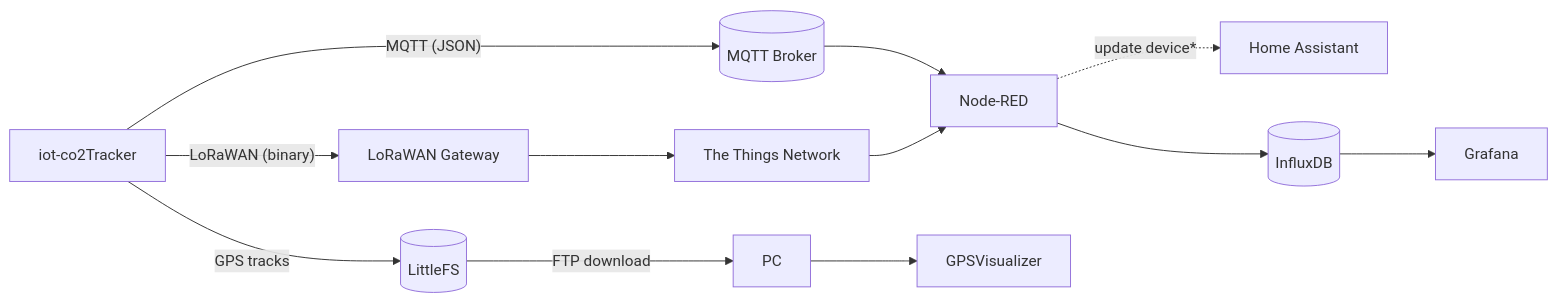
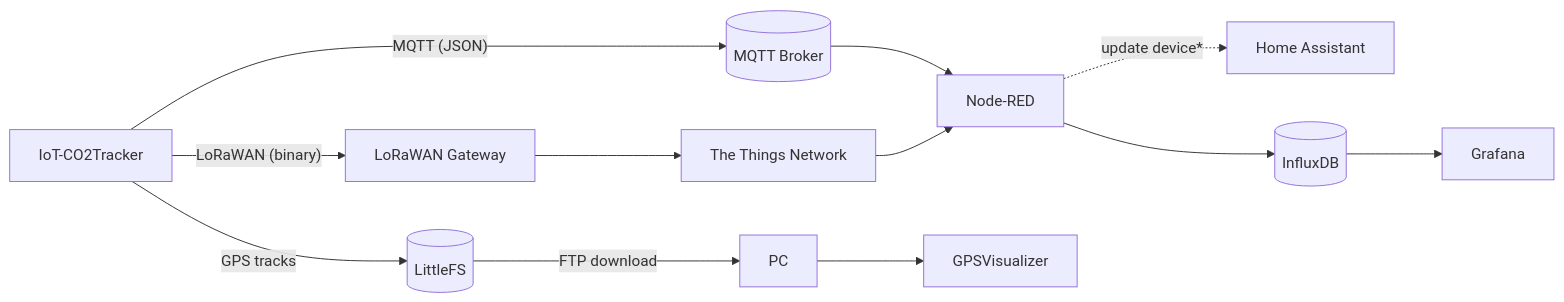
Before and after one commit to paclema/iot-co2Tracker: the diagram in README.md, drawn with Mermaid.

Commit message:
Fix small typo in README.md

````diff
--- a/README.md
+++ b/README.md
@@ -13,22 +13,22 @@
 ```mermaid
 flowchart LR
-	Device[iot-co2Tracker]
+  	Device[IoT-CO2Tracker]
 	Broker[(MQTT Broker)]
 	GW[LoRaWAN Gateway]
 	TTN[The Things Network]
 	NR[Node-RED]
 	HA[Home Assistant]
 	DB[(InfluxDB)]
 	G[Grafana]
 	Flash[(LittleFS)]
 	PC[PC]
 	Viz[GPSVisualizer]
 
 	Device -- MQTT (JSON) --> Broker
 	Broker --> NR
 	Device -- LoRaWAN (binary) --> GW --> TTN --> NR
 	NR --> DB --> G
 		NR -.->|update device*| HA
 
 	Device -- GPS tracks --> Flash -- FTP download --> PC --> Viz
 ```
````
